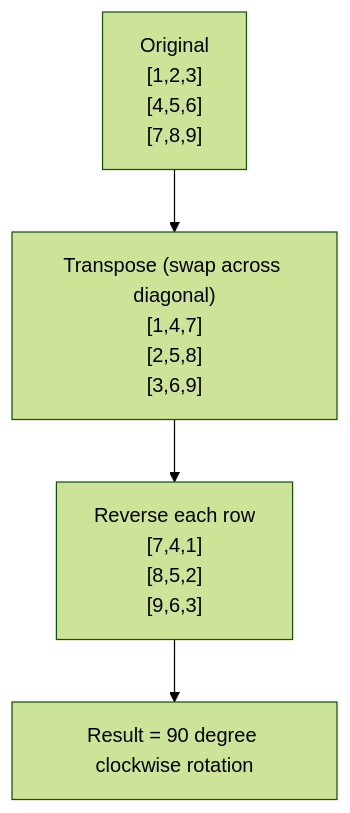
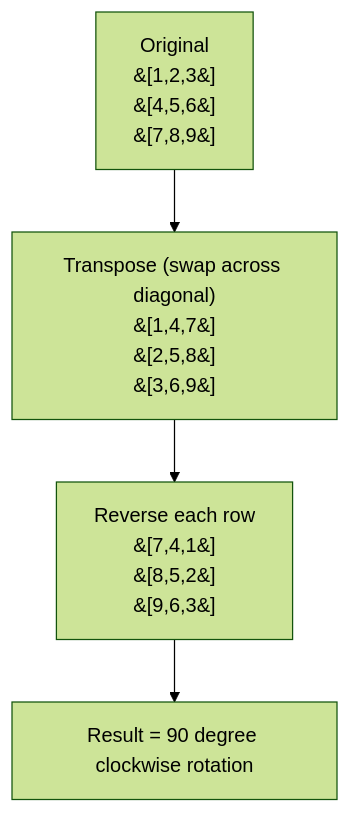
The diagram in topics/17-math-geometry/03-rotate-image/README.md (Aryan-Jadon18/dsa-placement-prep), drawn with Mermaid (forest theme) before and after one commit. The commit also changed 52 other files, not shown here.

First line of the commit message:
Fix Mermaid diagrams not rendering on GitHub

````diff
--- a/topics/17-math-geometry/03-rotate-image/README.md
+++ b/topics/17-math-geometry/03-rotate-image/README.md
@@ -55,6 +55,6 @@
 ```mermaid
 flowchart TD
-    A["Original<br/>[1,2,3]<br/>[4,5,6]<br/>[7,8,9]"] --> B["Transpose (swap across diagonal)<br/>[1,4,7]<br/>[2,5,8]<br/>[3,6,9]"]
-    B --> C["Reverse each row<br/>[7,4,1]<br/>[8,5,2]<br/>[9,6,3]"]
+    A["Original<br/>&#91;1,2,3&#93;<br/>&#91;4,5,6&#93;<br/>&#91;7,8,9&#93;"] --> B["Transpose (swap across diagonal)<br/>&#91;1,4,7&#93;<br/>&#91;2,5,8&#93;<br/>&#91;3,6,9&#93;"]
+    B --> C["Reverse each row<br/>&#91;7,4,1&#93;<br/>&#91;8,5,2&#93;<br/>&#91;9,6,3&#93;"]
     C --> D["Result = 90 degree clockwise rotation"]
 ```
````
